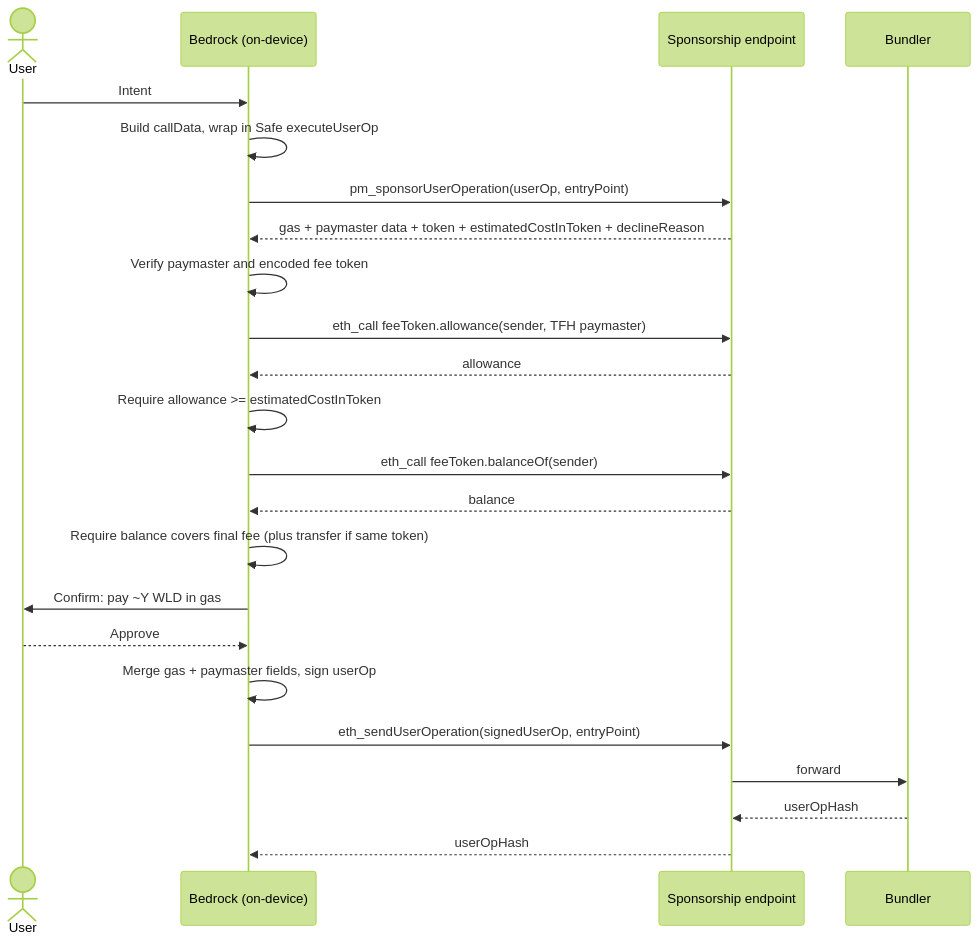
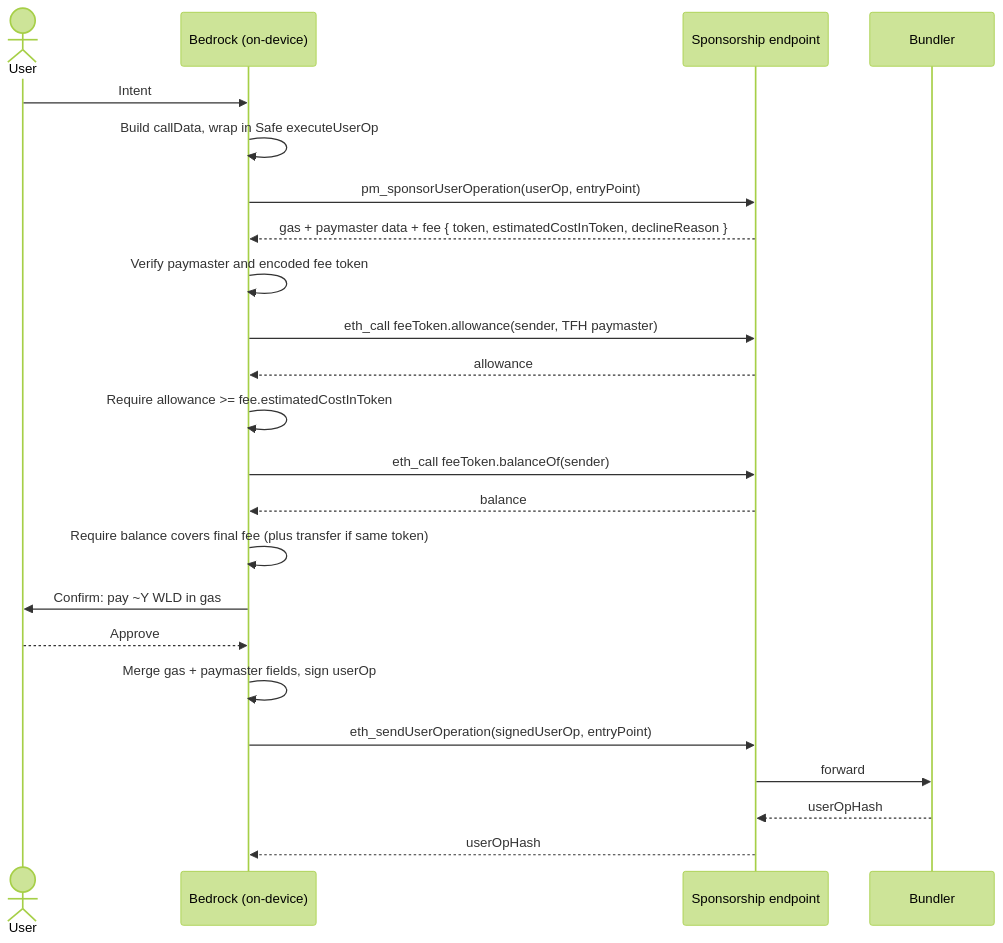
The second of 2 diagrams in bedrock/src/transactions/transaction.md (worldcoin/bedrock), drawn with Mermaid (forest theme) before and after one commit. The commit also changed other lines of this file and 5 other files, not shown here.

````diff
--- a/bedrock/src/transactions/transaction.md
+++ b/bedrock/src/transactions/transaction.md
@@ -102,29 +102,29 @@
 ```mermaid
 sequenceDiagram
     actor User
     participant Bedrock as Bedrock (on-device)
     participant Endpoint as Sponsorship endpoint
     participant Bundler
 
     User->>Bedrock: Intent
     Bedrock->>Bedrock: Build callData, wrap in Safe executeUserOp
 
     Bedrock->>Endpoint: pm_sponsorUserOperation(userOp, entryPoint)
-    Endpoint-->>Bedrock: gas + paymaster data + token + estimatedCostInToken + declineReason
+    Endpoint-->>Bedrock: gas + paymaster data + fee { token, estimatedCostInToken, declineReason }
     Bedrock->>Bedrock: Verify paymaster and encoded fee token
     Bedrock->>Endpoint: eth_call feeToken.allowance(sender, TFH paymaster)
     Endpoint-->>Bedrock: allowance
-    Bedrock->>Bedrock: Require allowance >= estimatedCostInToken
+    Bedrock->>Bedrock: Require allowance >= fee.estimatedCostInToken
     Bedrock->>Endpoint: eth_call feeToken.balanceOf(sender)
     Endpoint-->>Bedrock: balance
     Bedrock->>Bedrock: Require balance covers final fee (plus transfer if same token)
 
     Bedrock->>User: Confirm: pay ~Y WLD in gas
     User-->>Bedrock: Approve
     Bedrock->>Bedrock: Merge gas + paymaster fields, sign userOp
 
     Bedrock->>Endpoint: eth_sendUserOperation(signedUserOp, entryPoint)
     Endpoint->>Bundler: forward
     Bundler-->>Endpoint: userOpHash
     Endpoint-->>Bedrock: userOpHash
 ```
````
